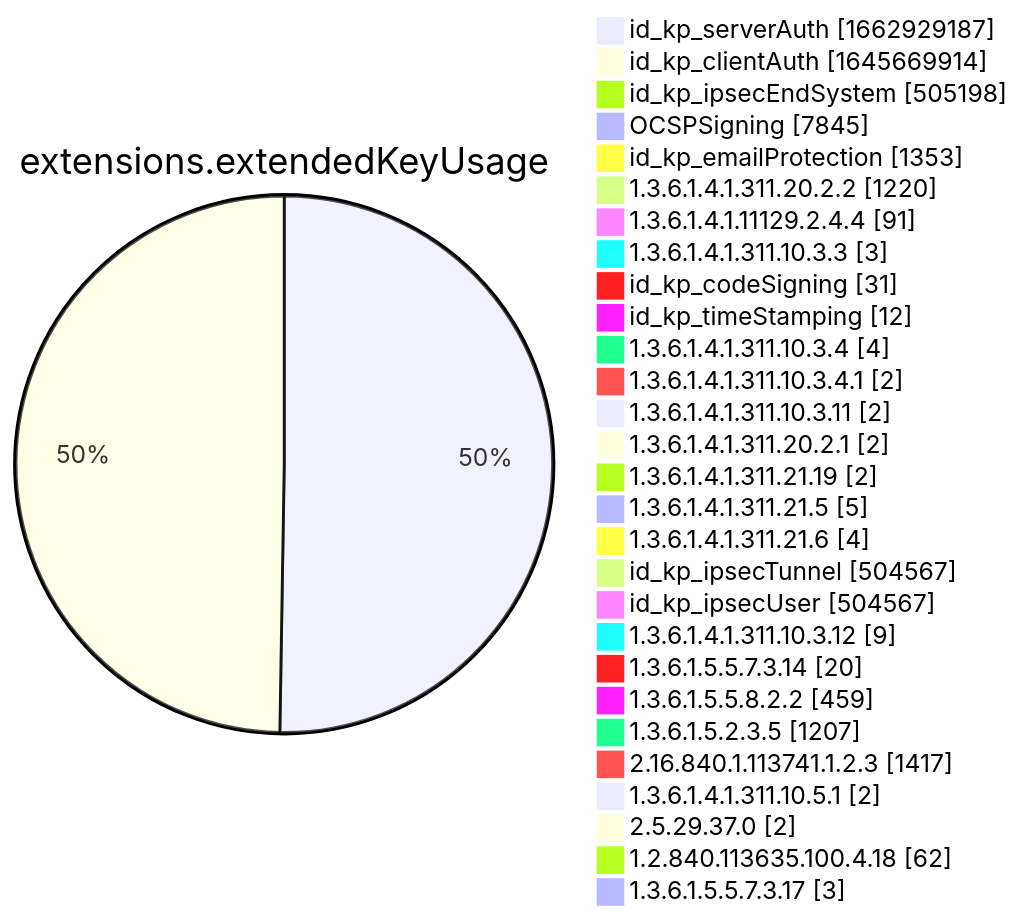
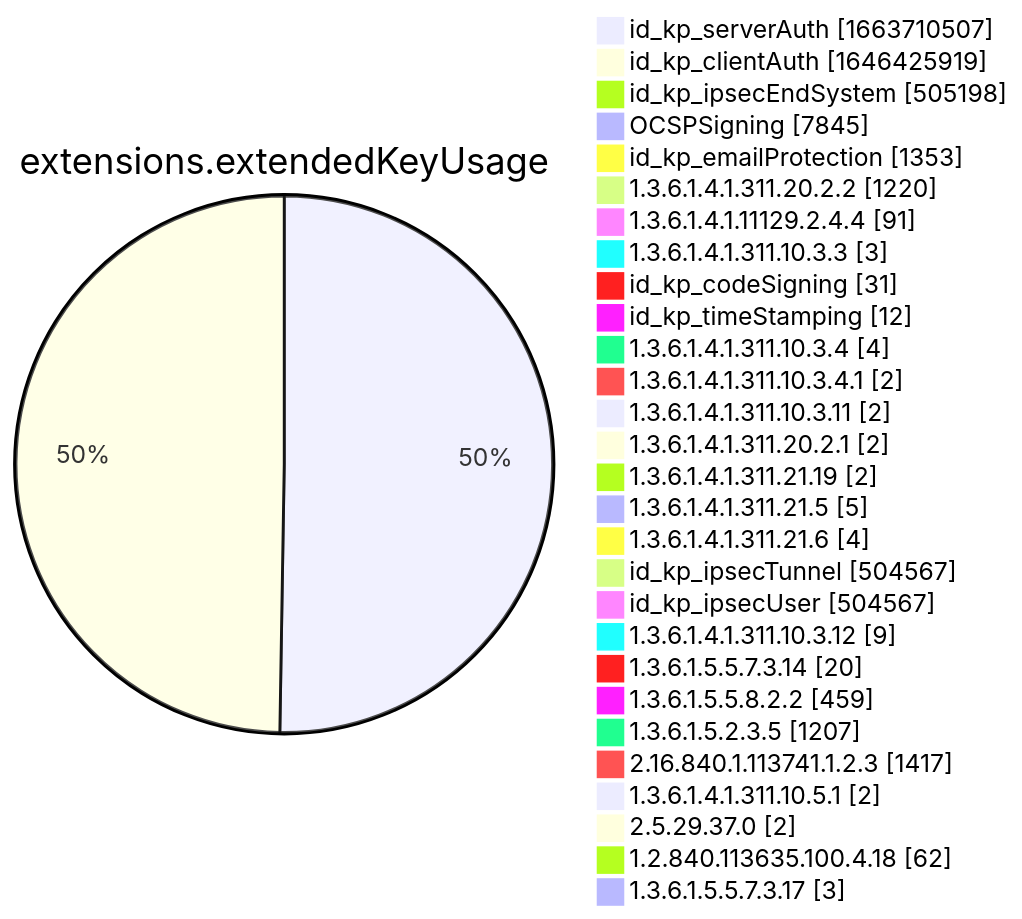
One commit to christiankrug/ctmonitor_visualization changed diagram 12 of 15 in xenon2022/README.md. Above: the diagram before and after it, drawn with Mermaid. The commit also changed other lines of this file, not shown here.

````diff
--- a/xenon2022/README.md
+++ b/xenon2022/README.md
@@ -3887,32 +3887,32 @@
 ```mermaid
 pie showData
 title extensions.extendedKeyUsage
-"id_kp_serverAuth" :1662929187
-"id_kp_clientAuth" :1645669914
+"id_kp_serverAuth" :1663710507
+"id_kp_clientAuth" :1646425919
 "id_kp_ipsecEndSystem" :505198
 "OCSPSigning" :7845
 "id_kp_emailProtection" :1353
 "1.3.6.1.4.1.311.20.2.2" :1220
 "1.3.6.1.4.1.11129.2.4.4" :91
 "1.3.6.1.4.1.311.10.3.3" :3
 "id_kp_codeSigning" :31
 "id_kp_timeStamping" :12
 "1.3.6.1.4.1.311.10.3.4" :4
 "1.3.6.1.4.1.311.10.3.4.1" :2
 "1.3.6.1.4.1.311.10.3.11" :2
 "1.3.6.1.4.1.311.20.2.1" :2
 "1.3.6.1.4.1.311.21.19" :2
 "1.3.6.1.4.1.311.21.5" :5
 "1.3.6.1.4.1.311.21.6" :4
 "id_kp_ipsecTunnel" :504567
 "id_kp_ipsecUser" :504567
 "1.3.6.1.4.1.311.10.3.12" :9
 "1.3.6.1.5.5.7.3.14" :20
 "1.3.6.1.5.5.8.2.2" :459
 "1.3.6.1.5.2.3.5" :1207
 "2.16.840.1.113741.1.2.3" :1417
 "1.3.6.1.4.1.311.10.5.1" :2
 "2.5.29.37.0" :2
 "1.2.840.113635.100.4.18" :62
 "1.3.6.1.5.5.7.3.17" :3
 ```
````
